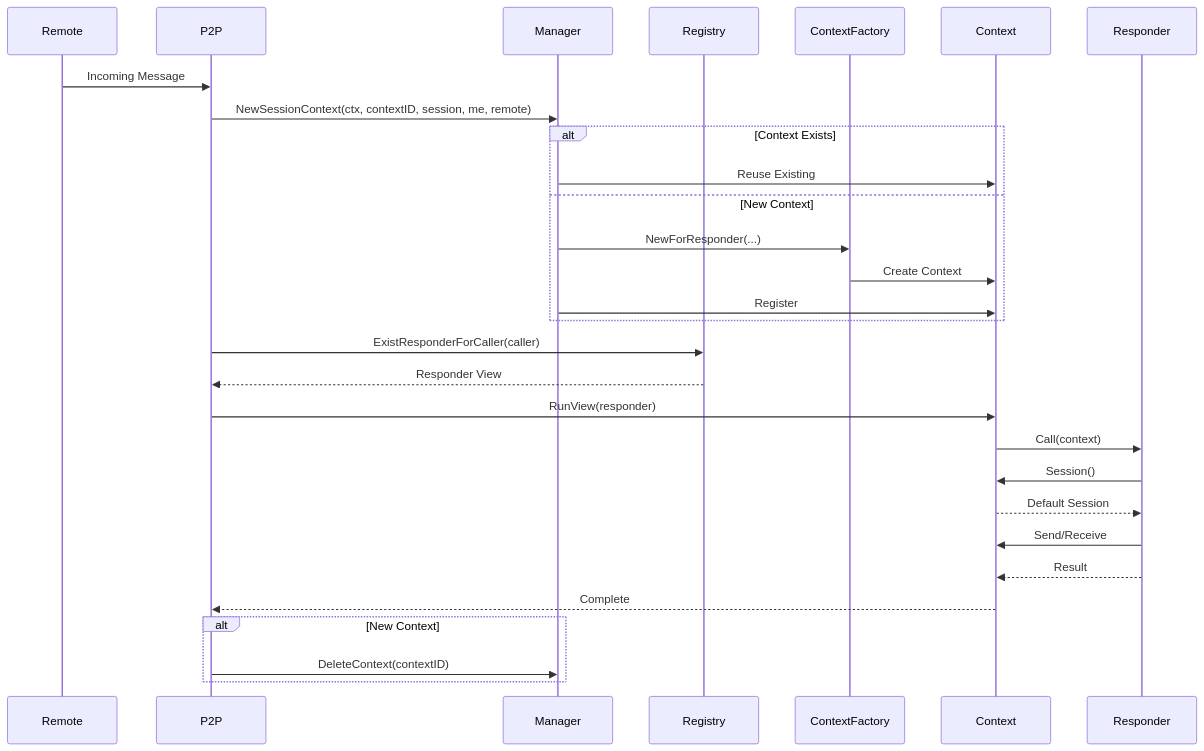
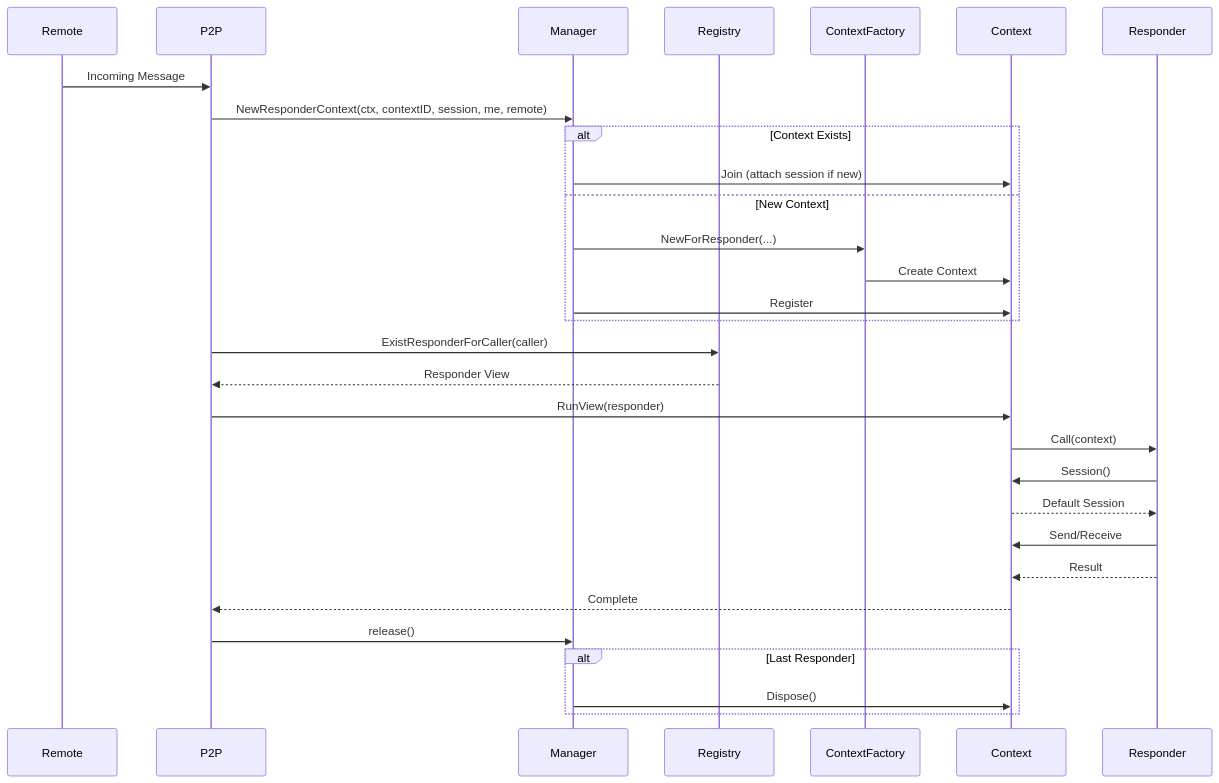
The third of 4 diagrams in docs/platform/view/services/view-service.md (hyperledger-labs/fabric-smart-client), drawn with Mermaid before and after one commit. The commit also changed other lines of this file and 7 other files, not shown here.

First line of the commit message:
fix(view)!: keep a shared responder context alive until its last responder returns (#2073)

````diff
--- a/docs/platform/view/services/view-service.md
+++ b/docs/platform/view/services/view-service.md
@@ -180,39 +180,40 @@
 ```mermaid
 sequenceDiagram
     participant Remote
     participant P2P
     participant Manager
     participant Registry
     participant ContextFactory
     participant Context
     participant Responder
 
     Remote->>P2P: Incoming Message
-    P2P->>Manager: NewSessionContext(ctx, contextID, session, me, remote)
+    P2P->>Manager: NewResponderContext(ctx, contextID, session, me, remote)
     
     alt Context Exists
-        Manager->>Context: Reuse Existing
+        Manager->>Context: Join (attach session if new)
     else New Context
         Manager->>ContextFactory: NewForResponder(...)
         ContextFactory->>Context: Create Context
         Manager->>Context: Register
     end
     
     P2P->>Registry: ExistResponderForCaller(caller)
     Registry-->>P2P: Responder View
     
     P2P->>Context: RunView(responder)
     Context->>Responder: Call(context)
     
     Responder->>Context: Session()
     Context-->>Responder: Default Session
     
     Responder->>Context: Send/Receive
     
     Responder-->>Context: Result
     Context-->>P2P: Complete
     
-    alt New Context
-        P2P->>Manager: DeleteContext(contextID)
+    P2P->>Manager: release()
+    alt Last Responder
+        Manager->>Context: Dispose()
     end
 ```
````
